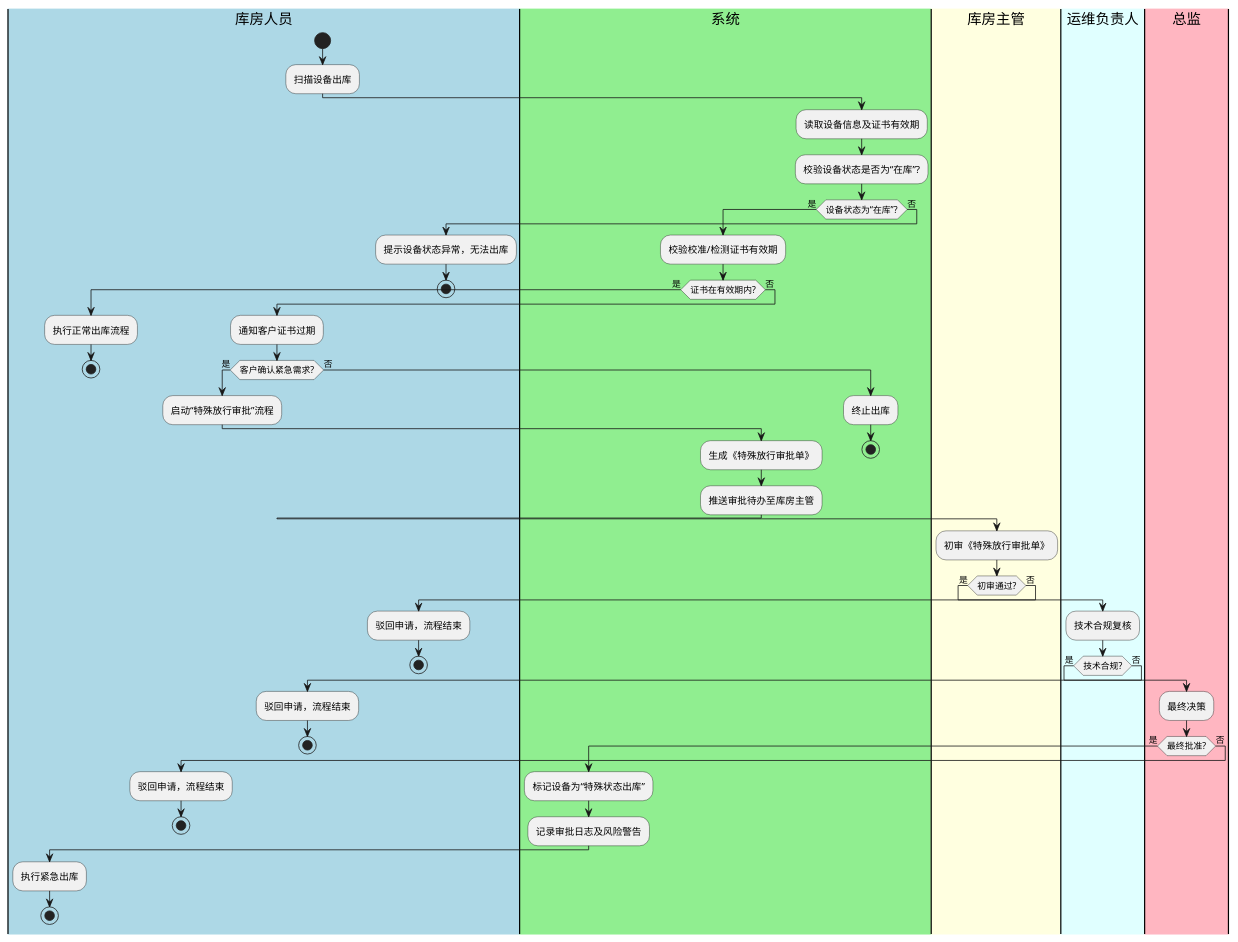
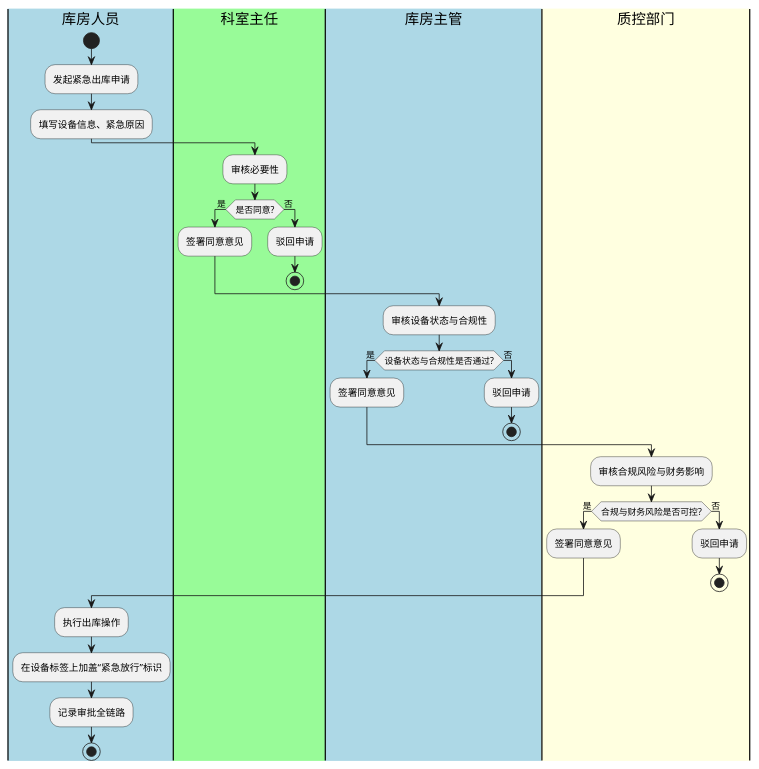
One commit to JiangHuanzhen/medical-device-rental-system changed the first of 5 diagrams in .claude/knowledge-base/wiki/summaries/行为模型图-20260626-v3.puml. Above: the diagram before and after it, drawn with PlantUML. The commit also changed other lines of this file and 223 other files, not shown here.

```diff
--- a/.claude/knowledge-base/wiki/summaries/行为模型图-20260626-v3.puml
+++ b/.claude/knowledge-base/wiki/summaries/行为模型图-20260626-v3.puml
@@ -1,61 +1,36 @@
 @startuml
 |#LightBlue|库房人员|
 start
-:扫描设备出库;
-|#LightGreen|系统|
-:读取设备信息及证书有效期;
-:校验设备状态是否为“在库”?;
-if (设备状态为“在库”?) then (是)
-  :校验校准/检测证书有效期;
-  if (证书在有效期内?) then (是)
-    |#LightBlue|库房人员|
-    :执行正常出库流程;
-    stop
-  else (否)
-    |#LightBlue|库房人员|
-    :通知客户证书过期;
-    if (客户确认紧急需求?) then (是)
-      :启动“特殊放行审批”流程;
-      |#LightGreen|系统|
-      :生成《特殊放行审批单》;
-      :推送审批待办至库房主管;
-    else (否)
-      :终止出库;
-      stop
-    endif
-  endif
+:发起紧急出库申请;
+:填写设备信息、紧急原因;
+|#PaleGreen|科室主任|
+:审核必要性;
+if (是否同意?) then (是)
+  :签署同意意见;
 else (否)
-  |#LightBlue|库房人员|
-  :提示设备状态异常，无法出库;
+  :驳回申请;
   stop
 endif
-
-|#LightYellow|库房主管|
-:初审《特殊放行审批单》;
-if (初审通过?) then (是)
-  |#LightCyan|运维负责人|
-  :技术合规复核;
-  if (技术合规?) then (是)
-    |#LightPink|总监|
-    :最终决策;
-    if (最终批准?) then (是)
-      |#LightGreen|系统|
-      :标记设备为“特殊状态出库”;
-      :记录审批日志及风险警告;
-      |#LightBlue|库房人员|
-      :执行紧急出库;
-      stop
-    else (否)
-      :驳回申请，流程结束;
-      stop
-    endif
-  else (否)
-    :驳回申请，流程结束;
-    stop
-  endif
+|#LightBlue|库房主管|
+:审核设备状态与合规性;
+if (设备状态与合规性是否通过?) then (是)
+  :签署同意意见;
 else (否)
-  :驳回申请，流程结束;
+  :驳回申请;
   stop
 endif
+|#LightYellow|质控部门|
+:审核合规风险与财务影响;
+if (合规与财务风险是否可控?) then (是)
+  :签署同意意见;
+else (否)
+  :驳回申请;
+  stop
+endif
+|#LightBlue|库房人员|
+:执行出库操作;
+:在设备标签上加盖“紧急放行”标识;
+:记录审批全链路;
+stop
 
 @enduml
```
